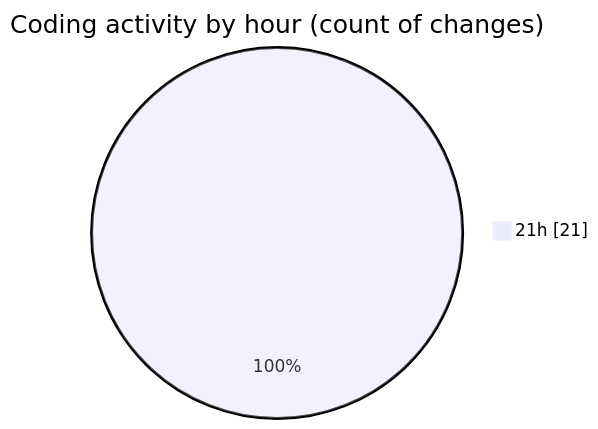
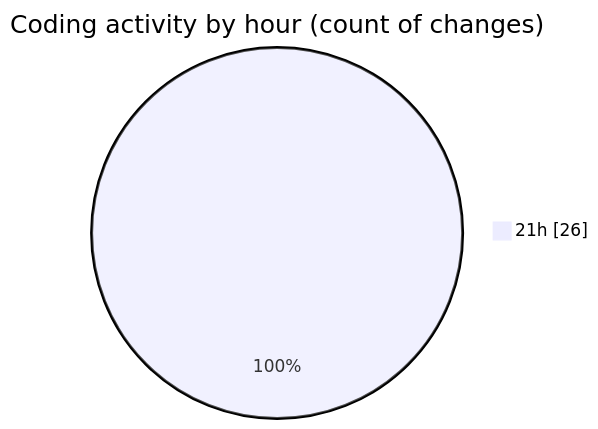
The second of 2 diagrams in 2025-03-26/echo/README.md (Netris89/code-tracking), drawn with Mermaid before and after one commit. The commit also changed other lines of this file and 1 other file, not shown here.

````diff
--- a/2025-03-26/echo/README.md
+++ b/2025-03-26/echo/README.md
@@ -34,5 +34,5 @@
 ```mermaid
 pie showData
 title Coding activity by hour (count of changes)
-"21h" : 21
+"21h" : 26
 ```
````
